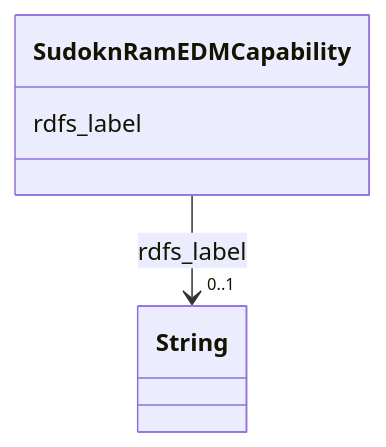
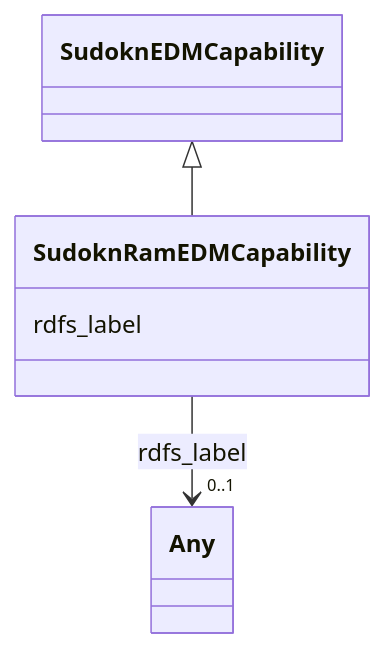
One commit to frink-okn/graph-descriptions changed the diagram in sudokn-kg/classes/SudoknRamEDMCapability.md. Above: the diagram before and after it, drawn with Mermaid. The commit also changed other lines of this file and 903 other files, not shown here.

````diff
--- a/sudokn-kg/classes/SudoknRamEDMCapability.md
+++ b/sudokn-kg/classes/SudoknRamEDMCapability.md
@@ -23,15 +18,18 @@
 ```mermaid
  classDiagram
     class SudoknRamEDMCapability
     click SudoknRamEDMCapability href "../SudoknRamEDMCapability"
+      SudoknEDMCapability <|-- SudoknRamEDMCapability
+        click SudoknEDMCapability href "../SudoknEDMCapability"
+      
       SudoknRamEDMCapability : rdfs_label
         
           
     
     
-    SudoknRamEDMCapability --> "0..1" String : rdfs_label
-    click String href "../String"
+    SudoknRamEDMCapability --> "0..1" Any : rdfs_label
+    click Any href "../Any"
 
         
       
 ```
````
